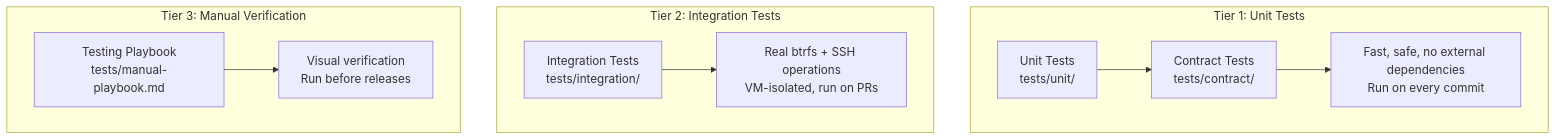
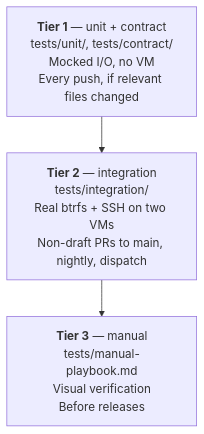
One commit to flaksit/pc-switcher changed the first of 4 diagrams in docs/ops/testing-architecture.md. Above: the diagram before and after it, drawn with Mermaid. The commit also changed other lines of this file and 3 other files, not shown here.

````diff
--- a/docs/ops/testing-architecture.md
+++ b/docs/ops/testing-architecture.md
@@ -16,21 +17,8 @@
 ```mermaid
 flowchart TB
-    subgraph "Tier 1: Unit Tests"
-        UT[Unit Tests<br/>tests/unit/]
-        CT[Contract Tests<br/>tests/contract/]
-        UT_DESC[Fast, safe, no external dependencies<br/>Run on every commit]
-    end
-    subgraph "Tier 2: Integration Tests"
-        IT[Integration Tests<br/>tests/integration/]
-        IT_DESC[Real btrfs + SSH operations<br/>VM-isolated, run on PRs]
-    end
-    subgraph "Tier 3: Manual Verification"
-        MV[Testing Playbook<br/>tests/manual-playbook.md]
-        MV_DESC[Visual verification<br/>Run before releases]
-    end
+    UT["<b>Tier 1</b> — unit + contract<br/>tests/unit/, tests/contract/<br/>Mocked I/O, no VM<br/>Every push, if relevant files changed"]
+    IT["<b>Tier 2</b> — integration<br/>tests/integration/<br/>Real btrfs + SSH on two VMs<br/>Non-draft PRs to main, nightly, dispatch"]
+    MV["<b>Tier 3</b> — manual<br/>tests/manual-playbook.md<br/>Visual verification<br/>Before releases"]
 
-    UT --> CT
-    CT --> UT_DESC
-    IT --> IT_DESC
-    MV --> MV_DESC
+    UT --> IT --> MV
 ```
````
